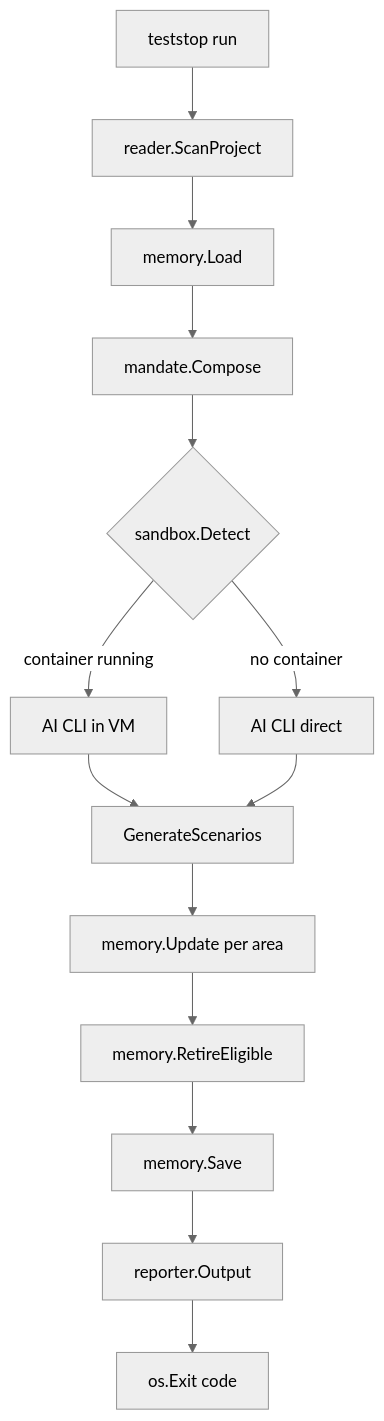
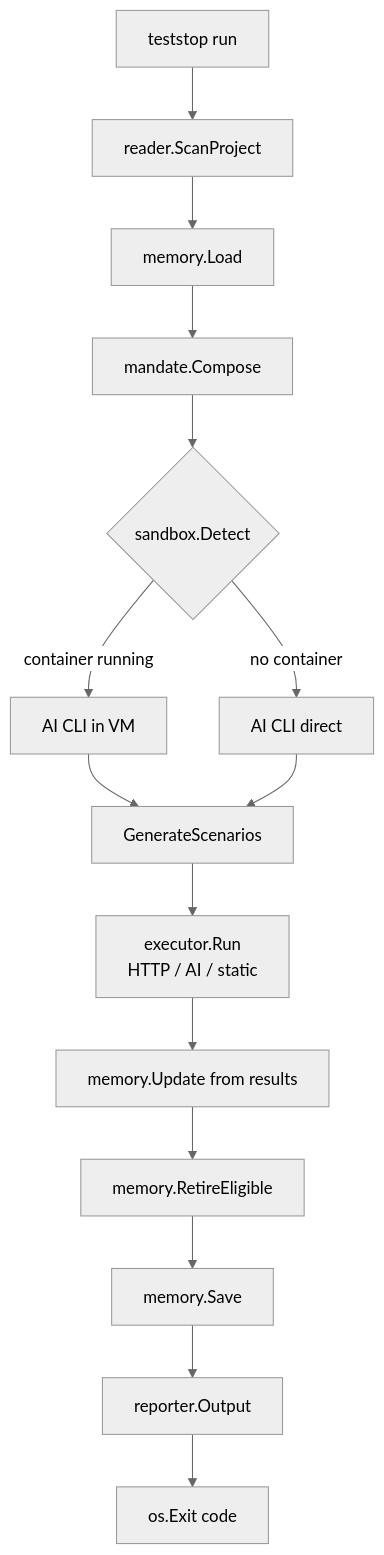
One commit to shaifulshabuj/teststop changed the diagram in docs/guide/how-it-works.md. Above: the diagram before and after it, drawn with Mermaid (neutral theme). The commit also changed 8 other files, not shown here.

````diff
--- a/docs/guide/how-it-works.md
+++ b/docs/guide/how-it-works.md
@@ -9,16 +9,17 @@
 ```mermaid
 flowchart TD
     A[teststop run] --> B[reader.ScanProject]
     B --> C[memory.Load]
     C --> D[mandate.Compose]
     D --> E{sandbox.Detect}
     E -->|container running| F[AI CLI in VM]
     E -->|no container| G[AI CLI direct]
     F --> H[GenerateScenarios]
     G --> H
-    H --> I[memory.Update per area]
+    H --> X[executor.Run<br/>HTTP / AI / static]
+    X --> I[memory.Update from results]
     I --> J[memory.RetireEligible]
     J --> K[memory.Save]
     K --> L[reporter.Output]
     L --> M[os.Exit code]
 ```
````
